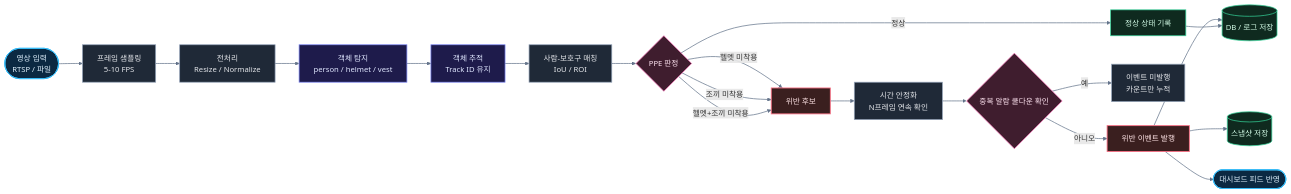
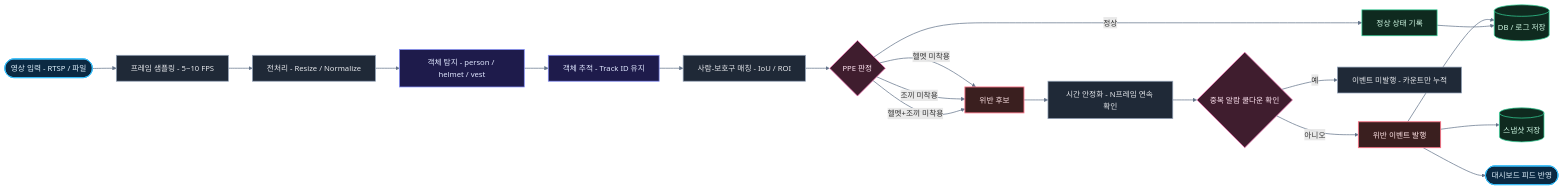
Before and after one commit to zeroziba9-hash/PPE-Monitoring-Dashboard: the diagram in MERMAID_FLOW.mmd, drawn with Mermaid. The commit also changed 1 other file, not shown here.

```diff
--- a/MERMAID_FLOW.mmd
+++ b/MERMAID_FLOW.mmd
@@ -1,36 +1,32 @@
 flowchart LR
-  %% =====================
-  %%  PPE 파이프라인 (한글)
-  %% =====================
-
   classDef io fill:#0b2942,stroke:#38bdf8,color:#e0f2fe,stroke-width:2px;
   classDef prep fill:#1f2937,stroke:#94a3b8,color:#e5e7eb,stroke-width:1.5px;
   classDef ai fill:#1e1b4b,stroke:#818cf8,color:#e0e7ff,stroke-width:1.5px;
   classDef rule fill:#3f1d2e,stroke:#f472b6,color:#ffe4f1,stroke-width:1.5px;
   classDef alert fill:#3a1f1f,stroke:#fb7185,color:#ffe4e6,stroke-width:1.8px;
   classDef save fill:#0f2a1f,stroke:#34d399,color:#d1fae5,stroke-width:1.5px;
 
-  A([영상 입력\nRTSP / 파일]):::io --> B[프레임 샘플링\n5-10 FPS]:::prep
-  B --> C[전처리\nResize / Normalize]:::prep
-  C --> D[객체 탐지\nperson / helmet / vest]:::ai
-  D --> E[객체 추적\nTrack ID 유지]:::ai
-  E --> F[사람-보호구 매칭\nIoU / ROI]:::prep
+  A([영상 입력 - RTSP / 파일]):::io --> B[프레임 샘플링 - 5~10 FPS]:::prep
+  B --> C[전처리 - Resize / Normalize]:::prep
+  C --> D[객체 탐지 - person / helmet / vest]:::ai
+  D --> E[객체 추적 - Track ID 유지]:::ai
+  E --> F[사람-보호구 매칭 - IoU / ROI]:::prep
   F --> G{PPE 판정}:::rule
 
   G -->|정상| H1[정상 상태 기록]:::save
   G -->|헬멧 미착용| H2[위반 후보]:::alert
   G -->|조끼 미착용| H2
   G -->|헬멧+조끼 미착용| H2
 
-  H2 --> I[시간 안정화<br/>N프레임 연속 확인]:::prep
+  H2 --> I[시간 안정화 - N프레임 연속 확인]:::prep
   I --> J{중복 알람 쿨다운 확인}:::rule
 
-  J -->|예| K[이벤트 미발행<br/>카운트만 누적]:::prep
+  J -->|예| K[이벤트 미발행 - 카운트만 누적]:::prep
   J -->|아니오| L[위반 이벤트 발행]:::alert
 
   L --> M[(스냅샷 저장)]:::save
   L --> N[(DB / 로그 저장)]:::save
   L --> O([대시보드 피드 반영]):::io
   H1 --> N
 
   linkStyle default stroke:#64748b,stroke-width:1.5px;
```
